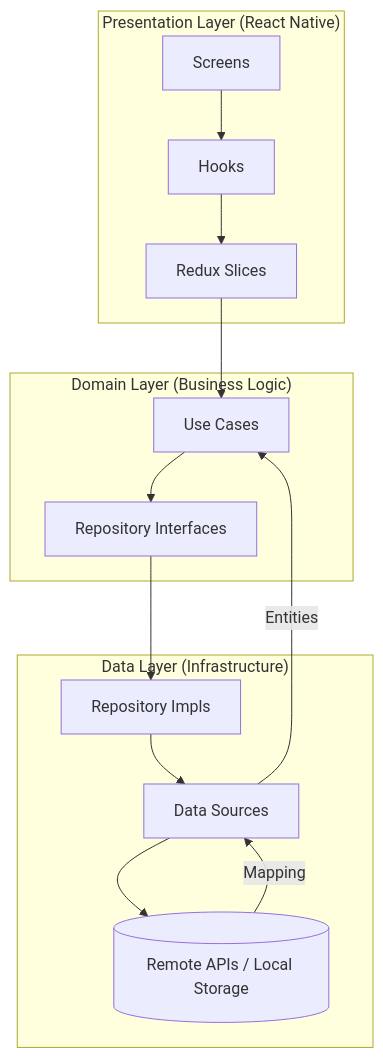
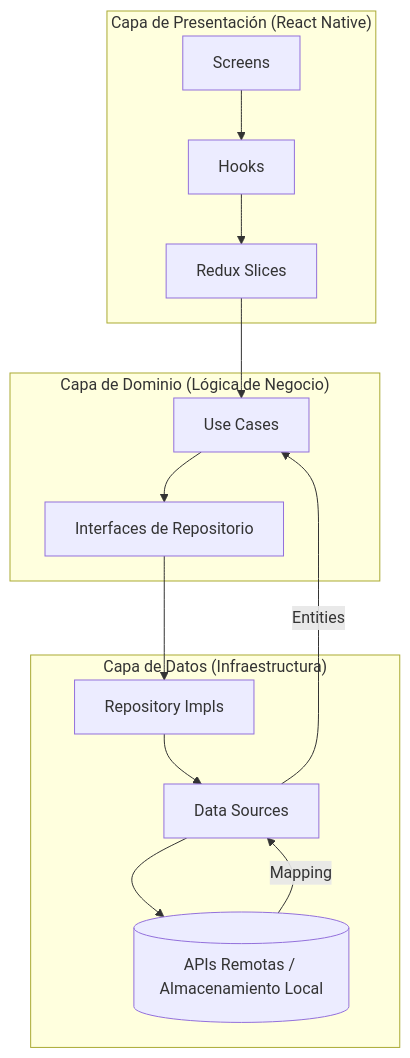
Before and after one commit to barkitoman/CryptoAppTest: the diagram in README.md, drawn with Mermaid. The commit also changed other lines of this file and 15 other files, not shown here.

````diff
--- a/README.md
+++ b/README.md
@@ -18,21 +24,21 @@
 ```mermaid
 graph TD
-    subgraph "Presentation Layer (React Native)"
+    subgraph "Capa de Presentación (React Native)"
         A[Screens] --> B[Hooks]
         B --> C[Redux Slices]
     end
 
-    subgraph "Domain Layer (Business Logic)"
+    subgraph "Capa de Dominio (Lógica de Negocio)"
         C --> D[Use Cases]
-        D --> E[Repository Interfaces]
+        D --> E[Interfaces de Repositorio]
     end
 
-    subgraph "Data Layer (Infrastructure)"
+    subgraph "Capa de Datos (Infraestructura)"
         E --> F[Repository Impls]
         F --> G[Data Sources]
-        G --> H[(Remote APIs / Local Storage)]
+        G --> H[(APIs Remotas / Almacenamiento Local)]
     end
 
     H -- Mapping --> G
     G -- Entities --> D
 ```
````
